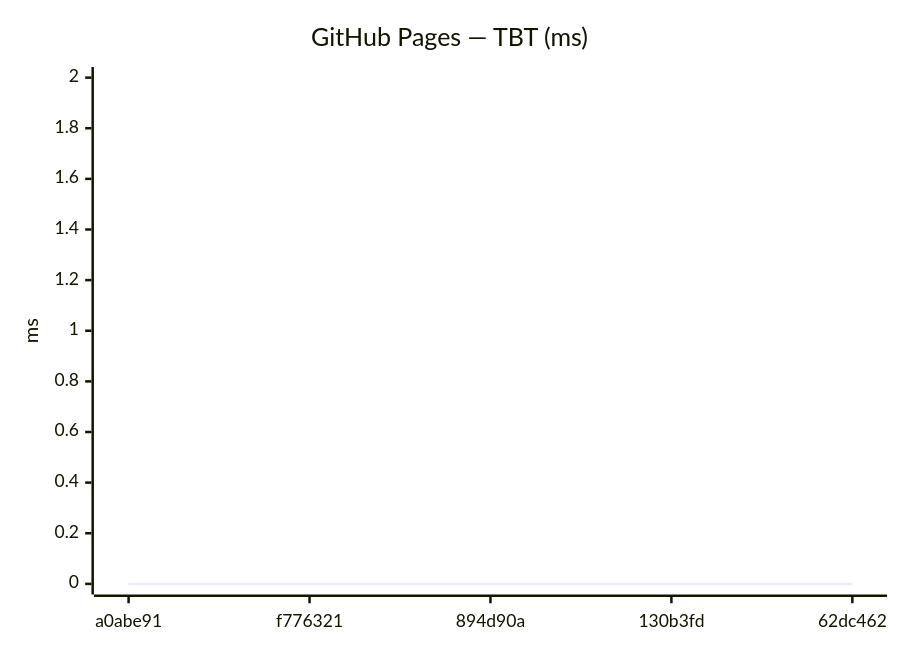
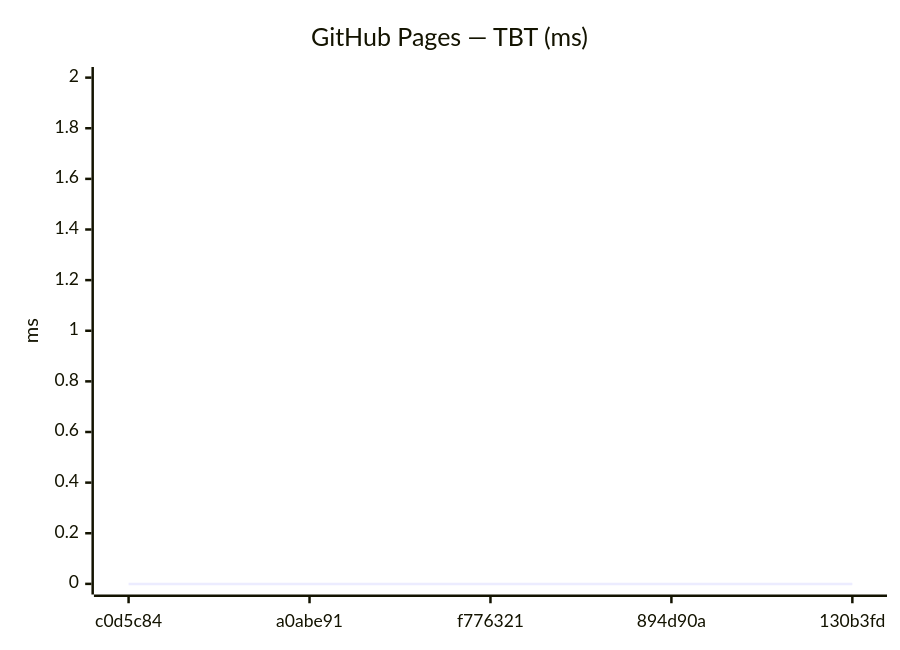
One commit to Metaheurist/Rianell changed the tenth of 18 diagrams in benchmarks/compare.md. Above: the diagram before and after it, drawn with Mermaid. The commit also changed other lines of this file and 11 other files, not shown here.

````diff
--- a/benchmarks/compare.md
+++ b/benchmarks/compare.md
@@ -149,7 +149,7 @@
 ```mermaid
 xychart-beta
     title "GitHub Pages — TBT (ms)"
-    x-axis ["a0abe91", "f776321", "894d90a", "130b3fd", "62dc462"]
+    x-axis ["c0d5c84", "a0abe91", "f776321", "894d90a", "130b3fd"]
     y-axis "ms" 0 --> 2
     line [0, 0, 0, 0, 0]
 ```
````
